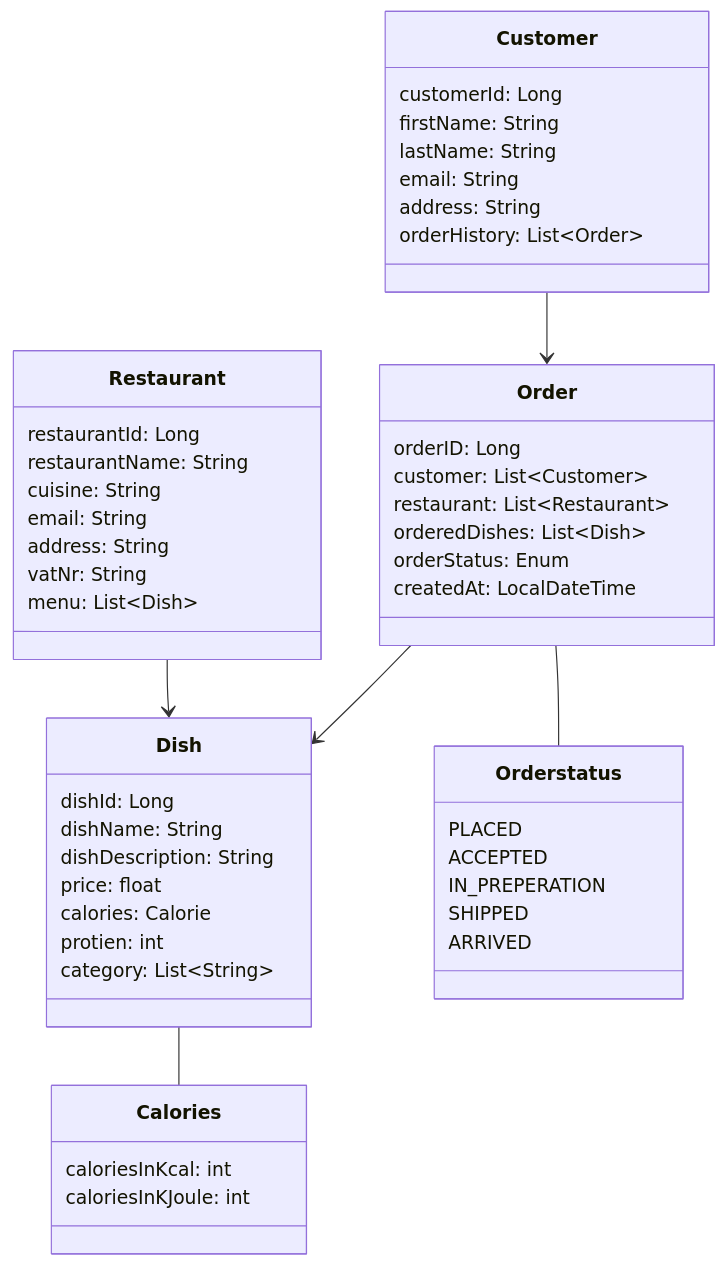
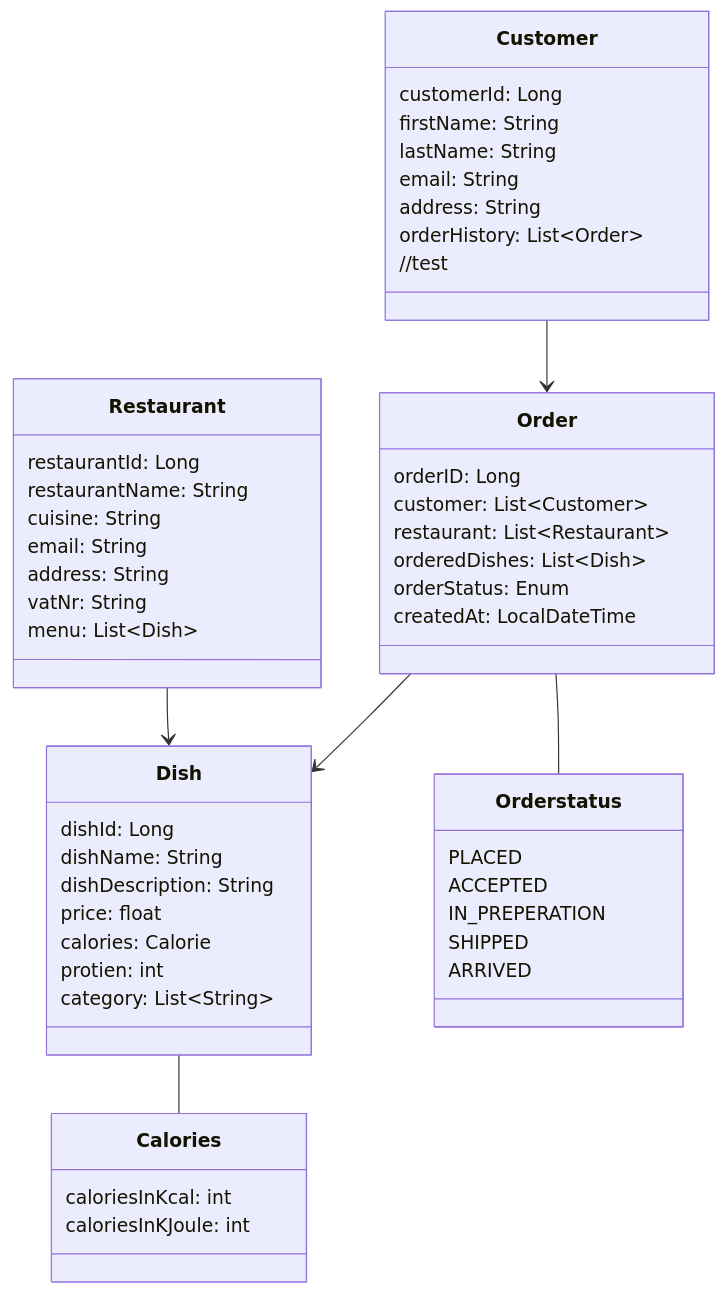
One commit to tobiasmair/Snack_Track changed the diagram in diagrams/classDiagram.mmd. Above: the diagram before and after it, drawn with Mermaid.

```diff
--- a/diagrams/classDiagram.mmd
+++ b/diagrams/classDiagram.mmd
@@ -1,58 +1,59 @@
 classDiagram
     class Customer {
         customerId: Long
         firstName: String
         lastName: String
         email: String
         address: String
         orderHistory: List~Order~
+        //test
     }
 
     class Restaurant {
         restaurantId: Long
         restaurantName: String
         cuisine: String
         email: String
         address: String
         vatNr: String
         menu: List~Dish~
     }
 
     class Order {
         orderID: Long
         customer: List~Customer~
         restaurant: List~Restaurant~
         orderedDishes: List~Dish~
         orderStatus: Enum
         createdAt: LocalDateTime
     }
 
     class Dish {
         dishId: Long
         dishName: String
         dishDescription: String
         price: float
         calories: Calorie
         protien: int
         category: List~String~
     }
 
     class Calories {
         caloriesInKcal: int
         caloriesInKJoule: int
     }
 
     class Orderstatus {
         PLACED
         ACCEPTED
         IN_PREPERATION
         SHIPPED
         ARRIVED
     }
 
 
     Customer --> Order
     Restaurant --> Dish
     Order --> Dish
     Order -- Orderstatus
     Dish -- Calories
```
